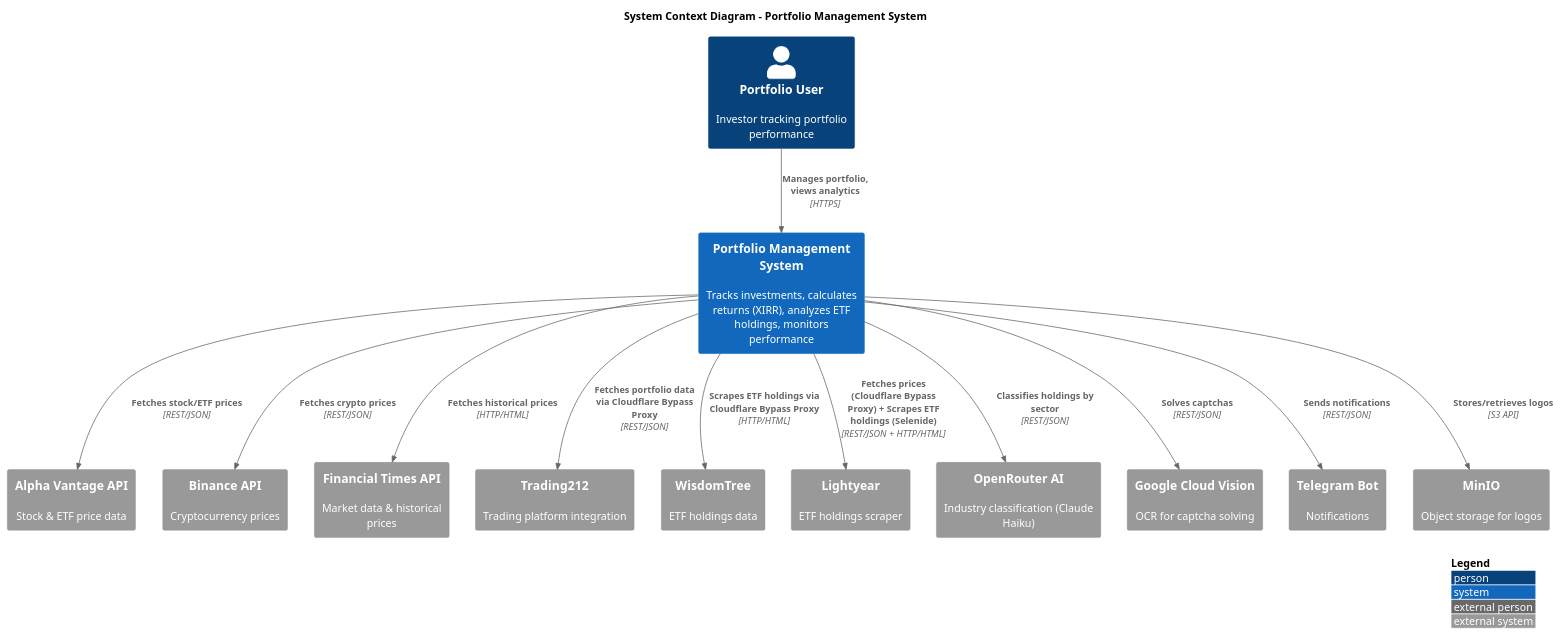
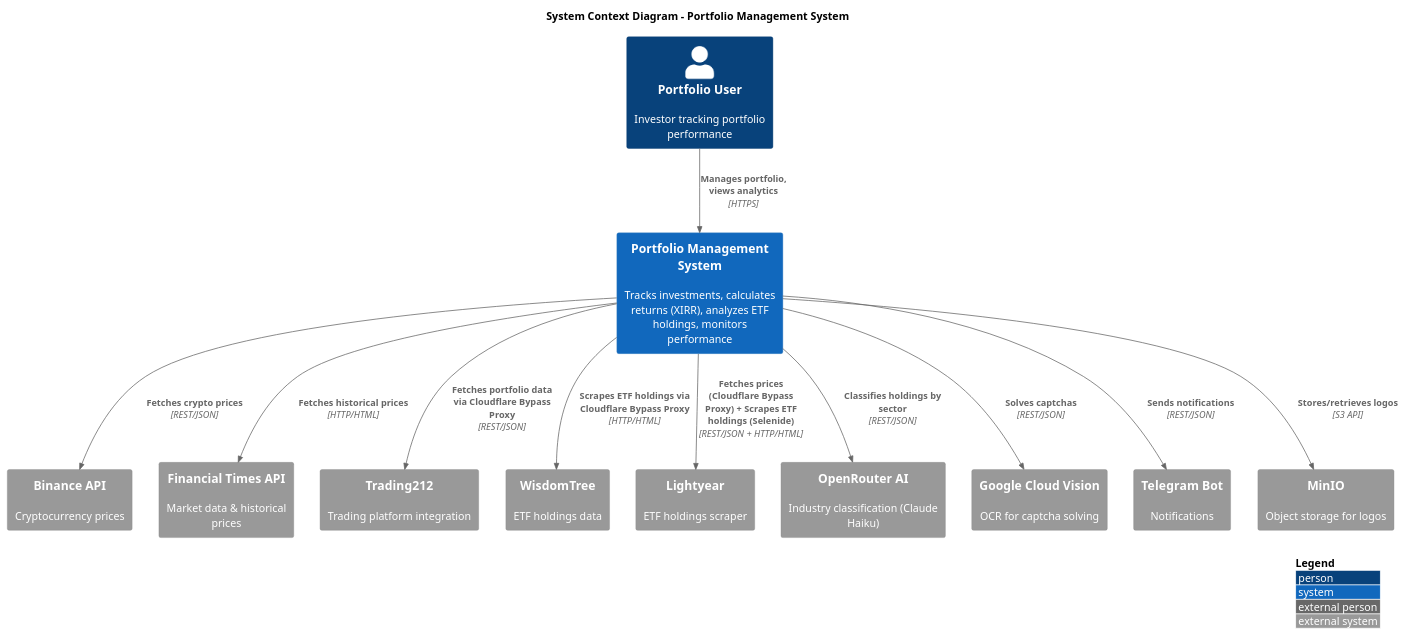
The diagram in docs/architecture/system-context.puml (ktenman/portfolio), drawn with PlantUML before and after one commit. The commit also changed 48 other files, not shown here.

Commit message:
Remove Alpha Vantage integration

```diff
--- a/docs/architecture/system-context.puml
+++ b/docs/architecture/system-context.puml
@@ -1,38 +1,36 @@
 @startuml system-context
 !include https://raw.githubusercontent.com/plantuml-stdlib/C4-PlantUML/master/C4_Context.puml
 
 LAYOUT_WITH_LEGEND()
 
 title System Context Diagram - Portfolio Management System
 
 Person(user, "Portfolio User", "Investor tracking portfolio performance")
 
 System(portfolio, "Portfolio Management System", "Tracks investments, calculates returns (XIRR), analyzes ETF holdings, monitors performance")
 
-System_Ext(alphavantage, "Alpha Vantage API", "Stock & ETF price data")
 System_Ext(binance, "Binance API", "Cryptocurrency prices")
 System_Ext(ft, "Financial Times API", "Market data & historical prices")
 System_Ext(trading212, "Trading212", "Trading platform integration")
 System_Ext(wisdomtree, "WisdomTree", "ETF holdings data")
 System_Ext(lightyear, "Lightyear", "ETF holdings scraper")
 
 System_Ext(openrouter, "OpenRouter AI", "Industry classification (Claude Haiku)")
 System_Ext(googlevision, "Google Cloud Vision", "OCR for captcha solving")
 System_Ext(telegram, "Telegram Bot", "Notifications")
 System_Ext(minio, "MinIO", "Object storage for logos")
 
 Rel(user, portfolio, "Manages portfolio, views analytics", "HTTPS")
 
-Rel(portfolio, alphavantage, "Fetches stock/ETF prices", "REST/JSON")
 Rel(portfolio, binance, "Fetches crypto prices", "REST/JSON")
 Rel(portfolio, ft, "Fetches historical prices", "HTTP/HTML")
 Rel(portfolio, trading212, "Fetches portfolio data via Cloudflare Bypass Proxy", "REST/JSON")
 Rel(portfolio, wisdomtree, "Scrapes ETF holdings via Cloudflare Bypass Proxy", "HTTP/HTML")
 Rel(portfolio, lightyear, "Fetches prices (Cloudflare Bypass Proxy) + Scrapes ETF holdings (Selenide)", "REST/JSON + HTTP/HTML")
 
 Rel(portfolio, openrouter, "Classifies holdings by sector", "REST/JSON")
 Rel(portfolio, googlevision, "Solves captchas", "REST/JSON")
 Rel(portfolio, telegram, "Sends notifications", "REST/JSON")
 Rel(portfolio, minio, "Stores/retrieves logos", "S3 API")
 
 @enduml
```
